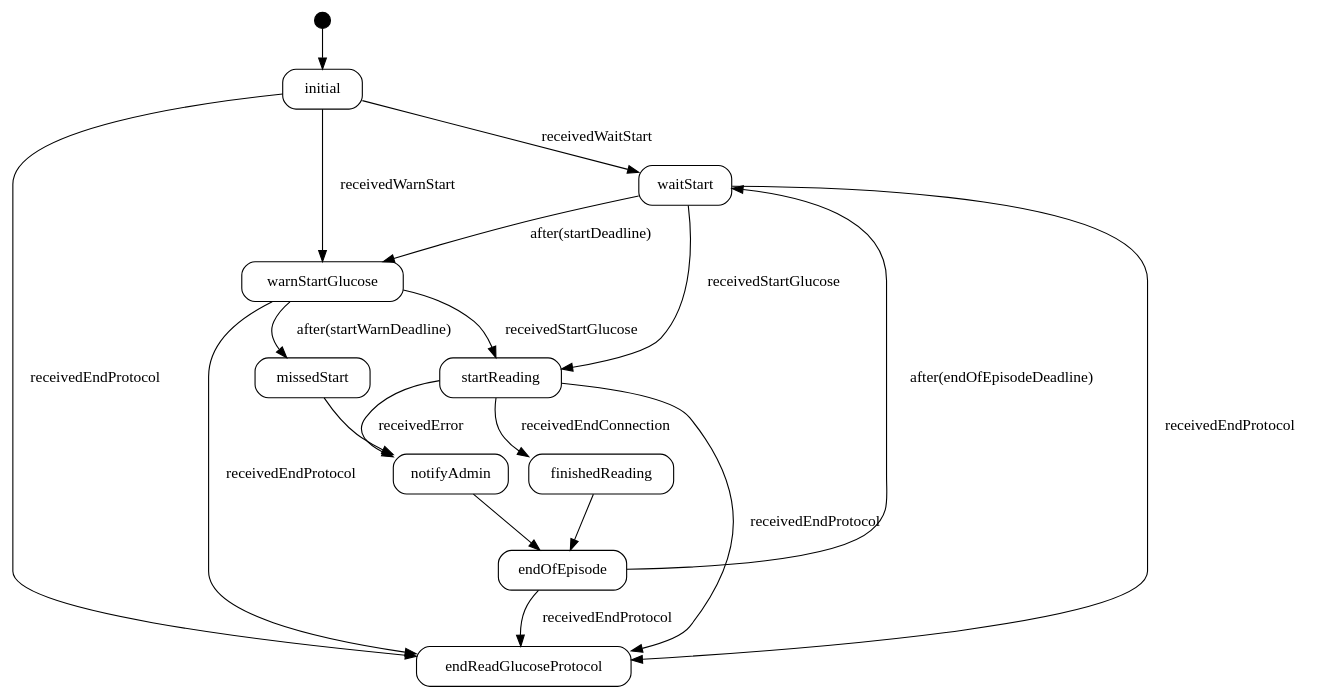
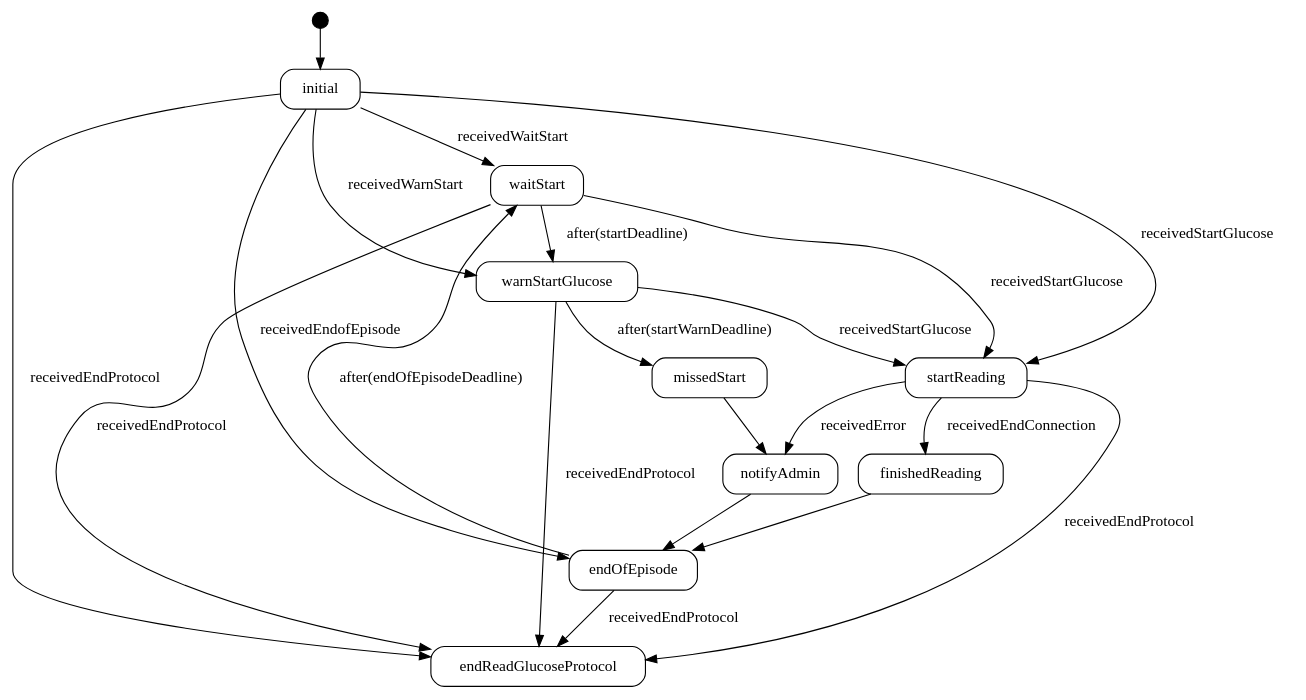
One commit to innovationcore/SmartState-public changed the diagram in website/SmartState-frontend/img/ReadGlucose.gv. Above: the diagram before and after it, drawn with Graphviz. The commit also changed 171 other files, not shown here.

```diff
--- a/website/SmartState-frontend/img/ReadGlucose.gv
+++ b/website/SmartState-frontend/img/ReadGlucose.gv
@@ -1,4 +1,4 @@
-// Code generated by Umple 1.32.1.6535.66c005ced
+// Code generated by Umple 1.35.0.7523.c616a4dce
 
 digraph "model" {
   compound = true;
@@ -18,101 +18,97 @@
       // State: initial
 
       ReadGlucoseBase_state_initial [label = initial, tooltip = "Class ReadGlucoseBase, SM state, State initial&#13;Entry:
-   // here we will retrieve all participants for this protocol then move into the waitStart state
-   stateNotify(&quot;initial&quot;);"];
+   stateNotify(&quot;initial&quot;);", URL="javascript:Action.stateClicked(\"ReadGlucoseBase^*^state^*^initial\")"];
       // End State: initial
 
       // State: waitStart
 
       ReadGlucoseBase_state_waitStart [label = waitStart, tooltip = "Class ReadGlucoseBase, SM state, State waitStart&#13;Entry:
-   // here we will wait 30 minutes to receive a connection from each participant
-   // possibly send a text saying to start measuring their glucose
-   stateNotify(&quot;waitStart&quot;);"];
+   stateNotify(&quot;waitStart&quot;);", URL="javascript:Action.stateClicked(\"ReadGlucoseBase^*^state^*^waitStart\")"];
       // End State: waitStart
 
       // State: warnStartGlucose
 
       ReadGlucoseBase_state_warnStartGlucose [label = warnStartGlucose, tooltip = "Class ReadGlucoseBase, SM state, State warnStartGlucose&#13;Entry:
-   // here we will wait an additional 30 minutes for a participant to start reading their glucose
-   stateNotify(&quot;warnStartGlucose&quot;);"];
+   stateNotify(&quot;warnStartGlucose&quot;);", URL="javascript:Action.stateClicked(\"ReadGlucoseBase^*^state^*^warnStartGlucose\")"];
       // End State: warnStartGlucose
 
       // State: startReading
 
       ReadGlucoseBase_state_startReading [label = startReading, tooltip = "Class ReadGlucoseBase, SM state, State startReading&#13;Entry:
-   // here we will wait and record glucose for a participant, until the connection ends
-   stateNotify(&quot;startReading&quot;);"];
+   stateNotify(&quot;startReading&quot;);", URL="javascript:Action.stateClicked(\"ReadGlucoseBase^*^state^*^startReading\")"];
       // End State: startReading
 
       // State: finishedReading
 
       ReadGlucoseBase_state_finishedReading [label = finishedReading, tooltip = "Class ReadGlucoseBase, SM state, State finishedReading&#13;Entry:
-   // here we will do computations and save results in DB
-   stateNotify(&quot;finishedReading&quot;);"];
+   stateNotify(&quot;finishedReading&quot;);", URL="javascript:Action.stateClicked(\"ReadGlucoseBase^*^state^*^finishedReading\")"];
       // End State: finishedReading
 
       // State: missedStart
 
       ReadGlucoseBase_state_missedStart [label = missedStart, tooltip = "Class ReadGlucoseBase, SM state, State missedStart&#13;Entry:
-   // here we will send the user a text saying that an Admin will be contacting them
-   stateNotify(&quot;missedStart&quot;);"];
+   stateNotify(&quot;missedStart&quot;);", URL="javascript:Action.stateClicked(\"ReadGlucoseBase^*^state^*^missedStart\")"];
       // End State: missedStart
 
       // State: notifyAdmin
 
       ReadGlucoseBase_state_notifyAdmin [label = notifyAdmin, tooltip = "Class ReadGlucoseBase, SM state, State notifyAdmin&#13;Entry:
-   // here we will send a text to an admin notifying them of failures or when a user needs help
-   stateNotify(&quot;notifyAdmin&quot;);"];
+   stateNotify(&quot;notifyAdmin&quot;);", URL="javascript:Action.stateClicked(\"ReadGlucoseBase^*^state^*^notifyAdmin\")"];
       // End State: notifyAdmin
 
       // State: endOfEpisode
 
       ReadGlucoseBase_state_endOfEpisode [label = endOfEpisode, tooltip = "Class ReadGlucoseBase, SM state, State endOfEpisode&#13;Entry:
-   stateNotify(&quot;endOfEpisode&quot;);"];
+   stateNotify(&quot;endOfEpisode&quot;);", URL="javascript:Action.stateClicked(\"ReadGlucoseBase^*^state^*^endOfEpisode\")"];
       // End State: endOfEpisode
 
       // State: endReadGlucoseProtocol
 
       ReadGlucoseBase_state_endReadGlucoseProtocol [label = endReadGlucoseProtocol, tooltip = "Class ReadGlucoseBase, SM state, State endReadGlucoseProtocol&#13;Entry:
-   stateNotify(&quot;endReadGlucoseProtocol&quot;);"];
+   stateNotify(&quot;endReadGlucoseProtocol&quot;);", URL="javascript:Action.stateClicked(\"ReadGlucoseBase^*^state^*^endReadGlucoseProtocol\")"];
       // End State: endReadGlucoseProtocol
     // End Top and Bottom Level StateMachine: state
 
   // All transitions
-    start_ReadGlucoseBase_state -> ReadGlucoseBase_state_initial [  tooltip = "start to initial" ] ;
-    ReadGlucoseBase_state_initial -> ReadGlucoseBase_state_waitStart [  label = "receivedWaitStart", tooltip = "From initial to waitStart on receivedWaitStart" ] ;
+    start_ReadGlucoseBase_state -> ReadGlucoseBase_state_initial [  tooltip = "start to initial", URL="javascript:Action.transitionClicked(\"null\")" ] ;
+    ReadGlucoseBase_state_initial -> ReadGlucoseBase_state_waitStart [  label = "receivedWaitStart", tooltip = "From initial to waitStart on receivedWaitStart", URL="javascript:Action.transitionClicked(\"ReadGlucoseBase*^*state*^*receivedWaitStart*^*initial*^*waitStart*^*\")" ] ;
   
-  ReadGlucoseBase_state_endOfEpisode -> ReadGlucoseBase_state_waitStart [  label = "after(endOfEpisodeDeadline)", tooltip = "From endOfEpisode to waitStart after(endOfEpisodeDeadline)" ] ;
+  ReadGlucoseBase_state_endOfEpisode -> ReadGlucoseBase_state_waitStart [  label = "after(endOfEpisodeDeadline)", tooltip = "From endOfEpisode to waitStart after(endOfEpisodeDeadline)", URL="javascript:Action.transitionClicked(\"ReadGlucoseBase*^*state*^*after(endOfEpisodeDeadline)*^*endOfEpisode*^*waitStart*^*\")" ] ;
   
-  ReadGlucoseBase_state_initial -> ReadGlucoseBase_state_warnStartGlucose [  label = "receivedWarnStart", tooltip = "From initial to warnStartGlucose on receivedWarnStart" ] ;
+  ReadGlucoseBase_state_initial -> ReadGlucoseBase_state_warnStartGlucose [  label = "receivedWarnStart", tooltip = "From initial to warnStartGlucose on receivedWarnStart", URL="javascript:Action.transitionClicked(\"ReadGlucoseBase*^*state*^*receivedWarnStart*^*initial*^*warnStartGlucose*^*\")" ] ;
   
-  ReadGlucoseBase_state_waitStart -> ReadGlucoseBase_state_warnStartGlucose [  label = "after(startDeadline)", tooltip = "From waitStart to warnStartGlucose after(startDeadline)" ] ;
+  ReadGlucoseBase_state_waitStart -> ReadGlucoseBase_state_warnStartGlucose [  label = "after(startDeadline)", tooltip = "From waitStart to warnStartGlucose after(startDeadline)", URL="javascript:Action.transitionClicked(\"ReadGlucoseBase*^*state*^*after(startDeadline)*^*waitStart*^*warnStartGlucose*^*\")" ] ;
   
-  ReadGlucoseBase_state_waitStart -> ReadGlucoseBase_state_startReading [  label = "receivedStartGlucose", tooltip = "From waitStart to startReading on receivedStartGlucose" ] ;
+  ReadGlucoseBase_state_initial -> ReadGlucoseBase_state_startReading [  label = "receivedStartGlucose", tooltip = "From initial to startReading on receivedStartGlucose", URL="javascript:Action.transitionClicked(\"ReadGlucoseBase*^*state*^*receivedStartGlucose*^*initial*^*startReading*^*\")" ] ;
   
-  ReadGlucoseBase_state_warnStartGlucose -> ReadGlucoseBase_state_startReading [  label = "receivedStartGlucose", tooltip = "From warnStartGlucose to startReading on receivedStartGlucose" ] ;
+  ReadGlucoseBase_state_waitStart -> ReadGlucoseBase_state_startReading [  label = "receivedStartGlucose", tooltip = "From waitStart to startReading on receivedStartGlucose", URL="javascript:Action.transitionClicked(\"ReadGlucoseBase*^*state*^*receivedStartGlucose*^*waitStart*^*startReading*^*\")" ] ;
   
-  ReadGlucoseBase_state_startReading -> ReadGlucoseBase_state_finishedReading [  label = "receivedEndConnection", tooltip = "From startReading to finishedReading on receivedEndConnection" ] ;
+  ReadGlucoseBase_state_warnStartGlucose -> ReadGlucoseBase_state_startReading [  label = "receivedStartGlucose", tooltip = "From warnStartGlucose to startReading on receivedStartGlucose", URL="javascript:Action.transitionClicked(\"ReadGlucoseBase*^*state*^*receivedStartGlucose*^*warnStartGlucose*^*startReading*^*\")" ] ;
   
-  ReadGlucoseBase_state_warnStartGlucose -> ReadGlucoseBase_state_missedStart [  label = "after(startWarnDeadline)", tooltip = "From warnStartGlucose to missedStart after(startWarnDeadline)" ] ;
+  ReadGlucoseBase_state_startReading -> ReadGlucoseBase_state_finishedReading [  label = "receivedEndConnection", tooltip = "From startReading to finishedReading on receivedEndConnection", URL="javascript:Action.transitionClicked(\"ReadGlucoseBase*^*state*^*receivedEndConnection*^*startReading*^*finishedReading*^*\")" ] ;
   
-  ReadGlucoseBase_state_startReading -> ReadGlucoseBase_state_notifyAdmin [  label = "receivedError", tooltip = "From startReading to notifyAdmin on receivedError" ] ;
+  ReadGlucoseBase_state_warnStartGlucose -> ReadGlucoseBase_state_missedStart [  label = "after(startWarnDeadline)", tooltip = "From warnStartGlucose to missedStart after(startWarnDeadline)", URL="javascript:Action.transitionClicked(\"ReadGlucoseBase*^*state*^*after(startWarnDeadline)*^*warnStartGlucose*^*missedStart*^*\")" ] ;
   
-  ReadGlucoseBase_state_missedStart -> ReadGlucoseBase_state_notifyAdmin [  tooltip = "From missedStart to notifyAdmin automatically" ] ;
+  ReadGlucoseBase_state_startReading -> ReadGlucoseBase_state_notifyAdmin [  label = "receivedError", tooltip = "From startReading to notifyAdmin on receivedError", URL="javascript:Action.transitionClicked(\"ReadGlucoseBase*^*state*^*receivedError*^*startReading*^*notifyAdmin*^*\")" ] ;
   
-  ReadGlucoseBase_state_finishedReading -> ReadGlucoseBase_state_endOfEpisode [  tooltip = "From finishedReading to endOfEpisode automatically" ] ;
+  ReadGlucoseBase_state_missedStart -> ReadGlucoseBase_state_notifyAdmin [  tooltip = "From missedStart to notifyAdmin automatically", URL="javascript:Action.transitionClicked(\"ReadGlucoseBase*^*state*^**^*missedStart*^*notifyAdmin*^*\")" ] ;
   
-  ReadGlucoseBase_state_notifyAdmin -> ReadGlucoseBase_state_endOfEpisode [  tooltip = "From notifyAdmin to endOfEpisode automatically" ] ;
+  ReadGlucoseBase_state_initial -> ReadGlucoseBase_state_endOfEpisode [  label = "receivedEndofEpisode", tooltip = "From initial to endOfEpisode on receivedEndofEpisode", URL="javascript:Action.transitionClicked(\"ReadGlucoseBase*^*state*^*receivedEndofEpisode*^*initial*^*endOfEpisode*^*\")" ] ;
   
-  ReadGlucoseBase_state_initial -> ReadGlucoseBase_state_endReadGlucoseProtocol [  label = "receivedEndProtocol", tooltip = "From initial to endReadGlucoseProtocol on receivedEndProtocol" ] ;
+  ReadGlucoseBase_state_finishedReading -> ReadGlucoseBase_state_endOfEpisode [  tooltip = "From finishedReading to endOfEpisode automatically", URL="javascript:Action.transitionClicked(\"ReadGlucoseBase*^*state*^**^*finishedReading*^*endOfEpisode*^*\")" ] ;
   
-  ReadGlucoseBase_state_waitStart -> ReadGlucoseBase_state_endReadGlucoseProtocol [  label = "receivedEndProtocol", tooltip = "From waitStart to endReadGlucoseProtocol on receivedEndProtocol" ] ;
+  ReadGlucoseBase_state_notifyAdmin -> ReadGlucoseBase_state_endOfEpisode [  tooltip = "From notifyAdmin to endOfEpisode automatically", URL="javascript:Action.transitionClicked(\"ReadGlucoseBase*^*state*^**^*notifyAdmin*^*endOfEpisode*^*\")" ] ;
   
-  ReadGlucoseBase_state_warnStartGlucose -> ReadGlucoseBase_state_endReadGlucoseProtocol [  label = "receivedEndProtocol", tooltip = "From warnStartGlucose to endReadGlucoseProtocol on receivedEndProtocol" ] ;
+  ReadGlucoseBase_state_initial -> ReadGlucoseBase_state_endReadGlucoseProtocol [  label = "receivedEndProtocol", tooltip = "From initial to endReadGlucoseProtocol on receivedEndProtocol", URL="javascript:Action.transitionClicked(\"ReadGlucoseBase*^*state*^*receivedEndProtocol*^*initial*^*endReadGlucoseProtocol*^*\")" ] ;
   
-  ReadGlucoseBase_state_startReading -> ReadGlucoseBase_state_endReadGlucoseProtocol [  label = "receivedEndProtocol", tooltip = "From startReading to endReadGlucoseProtocol on receivedEndProtocol" ] ;
+  ReadGlucoseBase_state_waitStart -> ReadGlucoseBase_state_endReadGlucoseProtocol [  label = "receivedEndProtocol", tooltip = "From waitStart to endReadGlucoseProtocol on receivedEndProtocol", URL="javascript:Action.transitionClicked(\"ReadGlucoseBase*^*state*^*receivedEndProtocol*^*waitStart*^*endReadGlucoseProtocol*^*\")" ] ;
   
-  ReadGlucoseBase_state_endOfEpisode -> ReadGlucoseBase_state_endReadGlucoseProtocol [  label = "receivedEndProtocol", tooltip = "From endOfEpisode to endReadGlucoseProtocol on receivedEndProtocol" ] ;
+  ReadGlucoseBase_state_warnStartGlucose -> ReadGlucoseBase_state_endReadGlucoseProtocol [  label = "receivedEndProtocol", tooltip = "From warnStartGlucose to endReadGlucoseProtocol on receivedEndProtocol", URL="javascript:Action.transitionClicked(\"ReadGlucoseBase*^*state*^*receivedEndProtocol*^*warnStartGlucose*^*endReadGlucoseProtocol*^*\")" ] ;
+  
+  ReadGlucoseBase_state_startReading -> ReadGlucoseBase_state_endReadGlucoseProtocol [  label = "receivedEndProtocol", tooltip = "From startReading to endReadGlucoseProtocol on receivedEndProtocol", URL="javascript:Action.transitionClicked(\"ReadGlucoseBase*^*state*^*receivedEndProtocol*^*startReading*^*endReadGlucoseProtocol*^*\")" ] ;
+  
+  ReadGlucoseBase_state_endOfEpisode -> ReadGlucoseBase_state_endReadGlucoseProtocol [  label = "receivedEndProtocol", tooltip = "From endOfEpisode to endReadGlucoseProtocol on receivedEndProtocol", URL="javascript:Action.transitionClicked(\"ReadGlucoseBase*^*state*^*receivedEndProtocol*^*endOfEpisode*^*endReadGlucoseProtocol*^*\")" ] ;
   
 
 }
```
